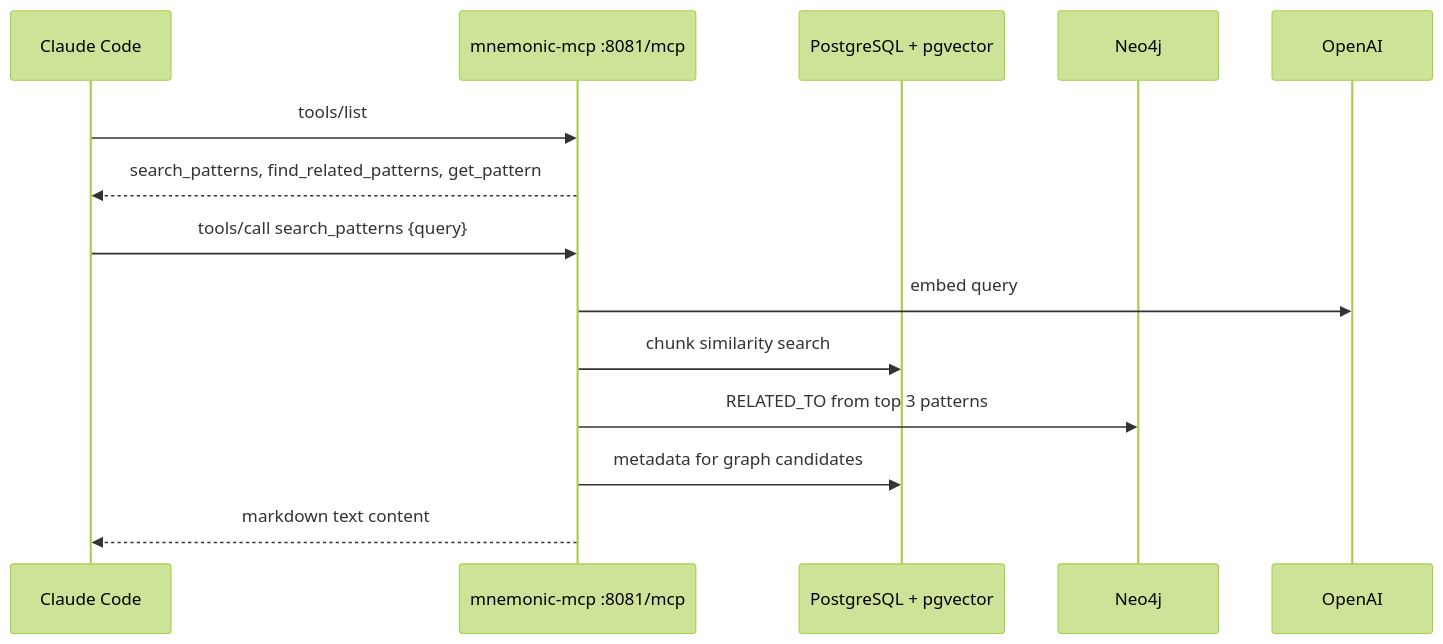
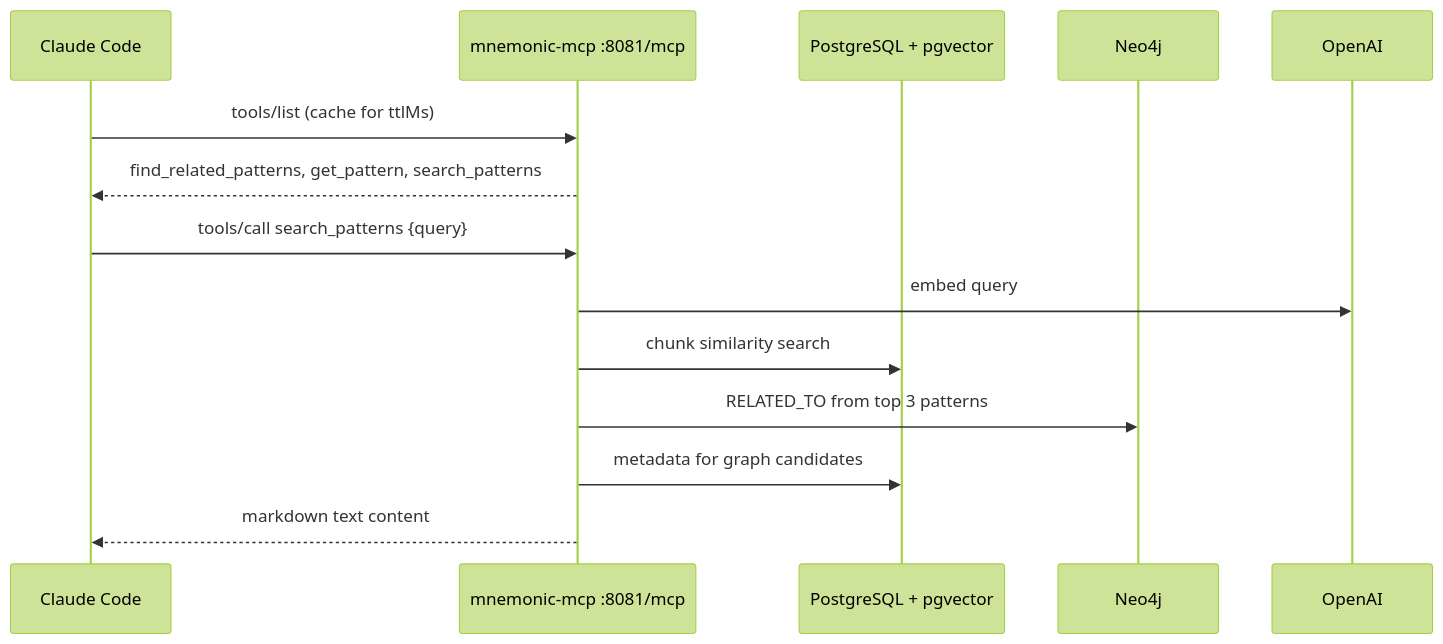
The diagram in docs/architecture/mnemonic/08-mcp-tools.md (twistingmercury/mnemonic-docs), drawn with Mermaid (forest theme) before and after one commit. The commit also changed other lines of this file and 3 other files, not shown here.

````diff
--- a/docs/architecture/mnemonic/08-mcp-tools.md
+++ b/docs/architecture/mnemonic/08-mcp-tools.md
@@ -31,17 +58,17 @@
 ```mermaid
 sequenceDiagram
     participant CC as Claude Code
     participant MCP as mnemonic-mcp :8081/mcp
     participant PG as PostgreSQL + pgvector
     participant NEO as Neo4j
     participant OAI as OpenAI
 
-    CC->>MCP: tools/list
-    MCP-->>CC: search_patterns, find_related_patterns, get_pattern
+    CC->>MCP: tools/list (cache for ttlMs)
+    MCP-->>CC: find_related_patterns, get_pattern, search_patterns
     CC->>MCP: tools/call search_patterns {query}
     MCP->>OAI: embed query
     MCP->>PG: chunk similarity search
     MCP->>NEO: RELATED_TO from top 3 patterns
     MCP->>PG: metadata for graph candidates
     MCP-->>CC: markdown text content
 ```
````
